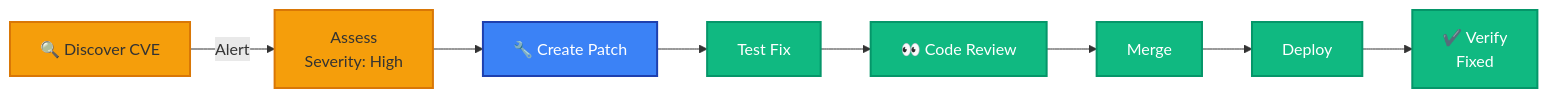
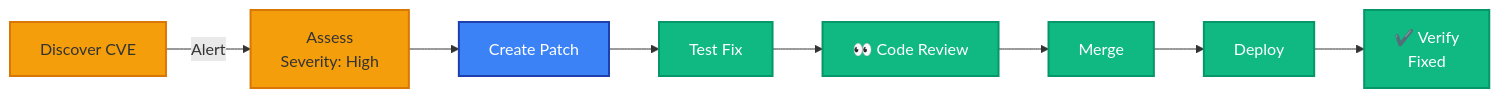
One commit to Aries-Serpent/_codex_ changed the second of 2 diagrams in docs/security/SECURITY_ARCHITECTURE.md. Above: the diagram before and after it, drawn with Mermaid. The commit also changed other lines of this file and 1989 other files, not shown here.

````diff
--- a/docs/security/SECURITY_ARCHITECTURE.md
+++ b/docs/security/SECURITY_ARCHITECTURE.md
@@ -223,19 +223,19 @@
 ```mermaid
 graph LR
-    Discover["🔍 Discover CVE"] -->|"Alert"| Assess[" Assess<br/>Severity: High"]
-    Assess --> Patch["🔧 Create Patch"]
+    Discover[" Discover CVE"] -->|"Alert"| Assess[" Assess<br/>Severity: High"]
+    Assess --> Patch[" Create Patch"]
     Patch --> Test[" Test Fix"]
     Test --> Review["👀 Code Review"]
     Review --> Merge[" Merge"]
     Merge --> Deploy[" Deploy"]
     Deploy --> Verify["✔️ Verify<br/>Fixed"]
 
     style Discover fill:#f59e0b,stroke:#d97706,stroke-width:2px
     style Assess fill:#f59e0b,stroke:#d97706,stroke-width:2px
     style Patch fill:#3b82f6,stroke:#1e40af,stroke-width:2px,color:#fff
     style Test fill:#10b981,stroke:#059669,stroke-width:2px,color:#fff
     style Review fill:#10b981,stroke:#059669,stroke-width:2px,color:#fff
     style Merge fill:#10b981,stroke:#059669,stroke-width:2px,color:#fff
     style Deploy fill:#10b981,stroke:#059669,stroke-width:2px,color:#fff
     style Verify fill:#10b981,stroke:#059669,stroke-width:2px,color:#fff
 ```
````
